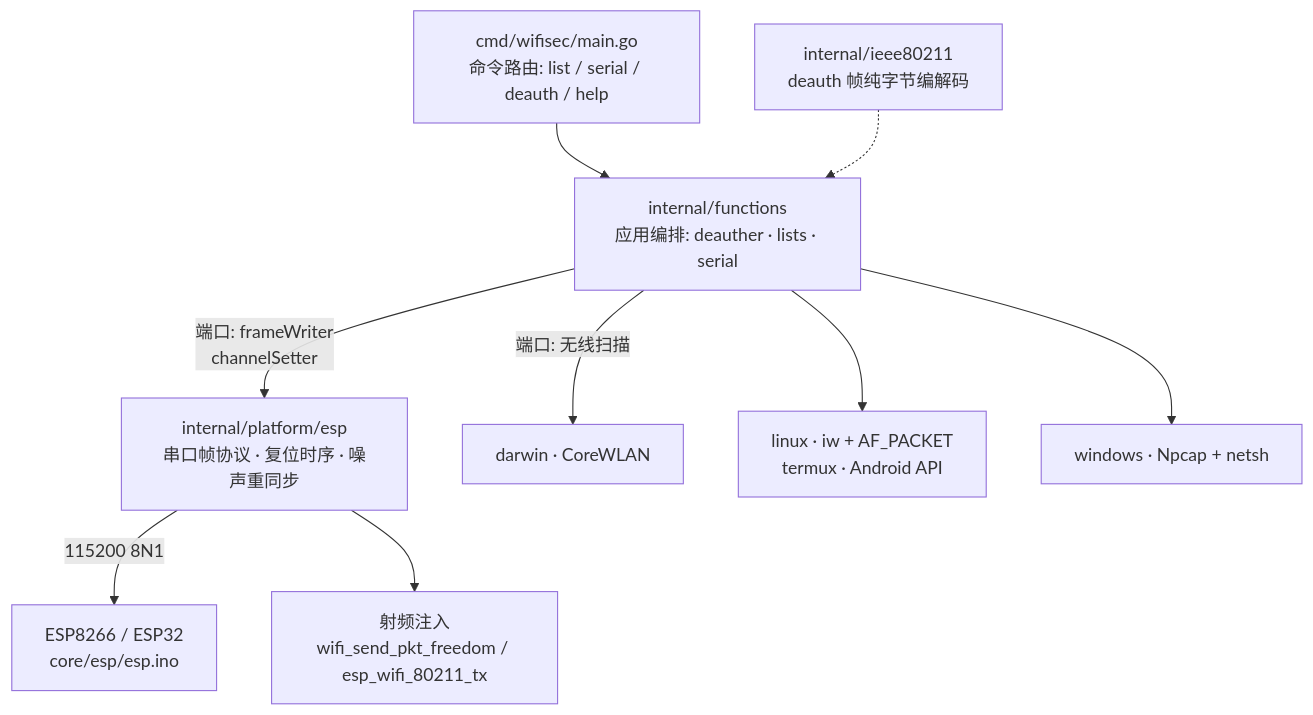
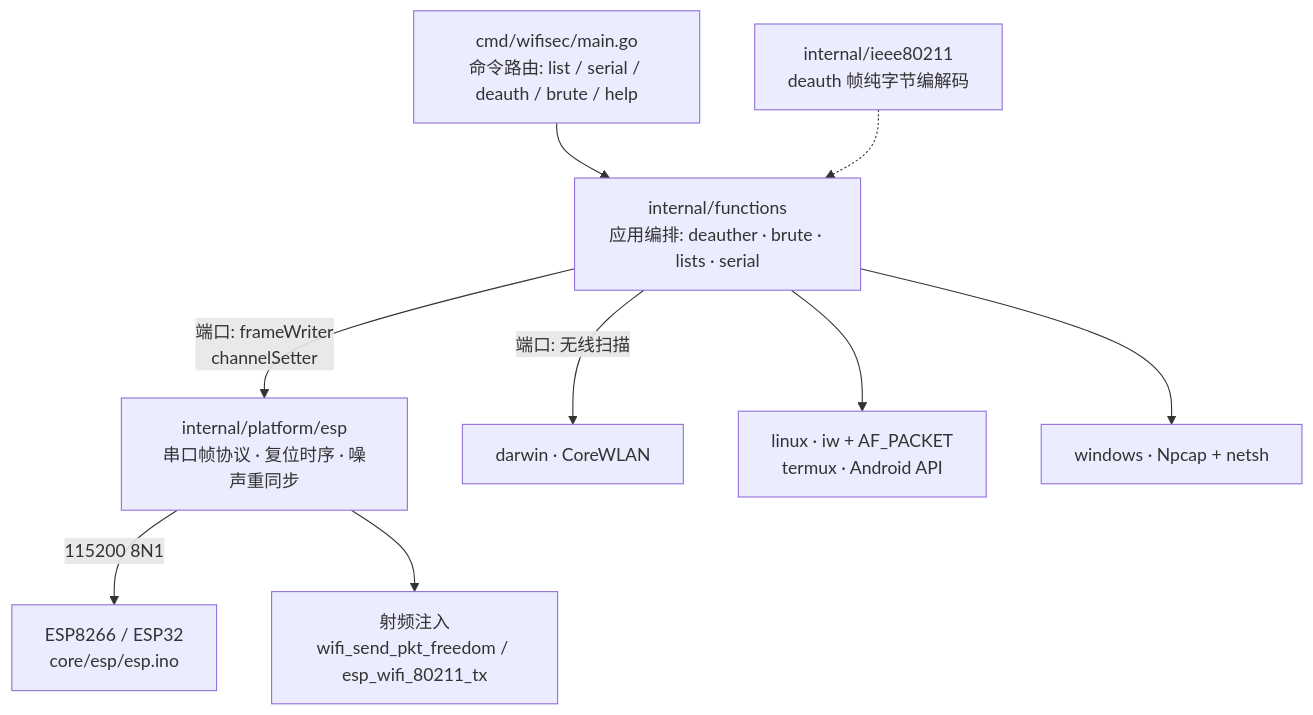
One commit to ctkqiang/wifisec changed the diagram in README.md. Above: the diagram before and after it, drawn with Mermaid. The commit also changed other lines of this file and 2 other files, not shown here.

First line of the commit message:
docs: brute 子命令文档全覆盖（README/文档站/feature 专文）

````diff
--- a/README.md
+++ b/README.md
@@ -96,11 +96,11 @@
 ```mermaid
 flowchart TB
-    CLI["cmd/wifisec/main.go<br/>命令路由: list / serial / deauth / help"] --> APP["internal/functions<br/>应用编排: deauther · lists · serial"]
+    CLI["cmd/wifisec/main.go<br/>命令路由: list / serial / deauth / brute / help"] --> APP["internal/functions<br/>应用编排: deauther · brute · lists · serial"]
     APP -->|"端口: frameWriter<br/>channelSetter"| ESP["internal/platform/esp<br/>串口帧协议 · 复位时序 · 噪声重同步"]
     APP -->|"端口: 无线扫描"| DAR["darwin · CoreWLAN"]
     APP --> LIN["linux · iw + AF_PACKET<br/>termux · Android API"]
     APP --> WIN["windows · Npcap + netsh"]
     ESP -->|"115200 8N1"| HW["ESP8266 / ESP32<br/>core/esp/esp.ino"]
     IEEE["internal/ieee80211<br/>deauth 帧纯字节编解码"] -.-> APP
     ESP --> HW2["射频注入<br/>wifi_send_pkt_freedom / esp_wifi_80211_tx"]
 ```
````
